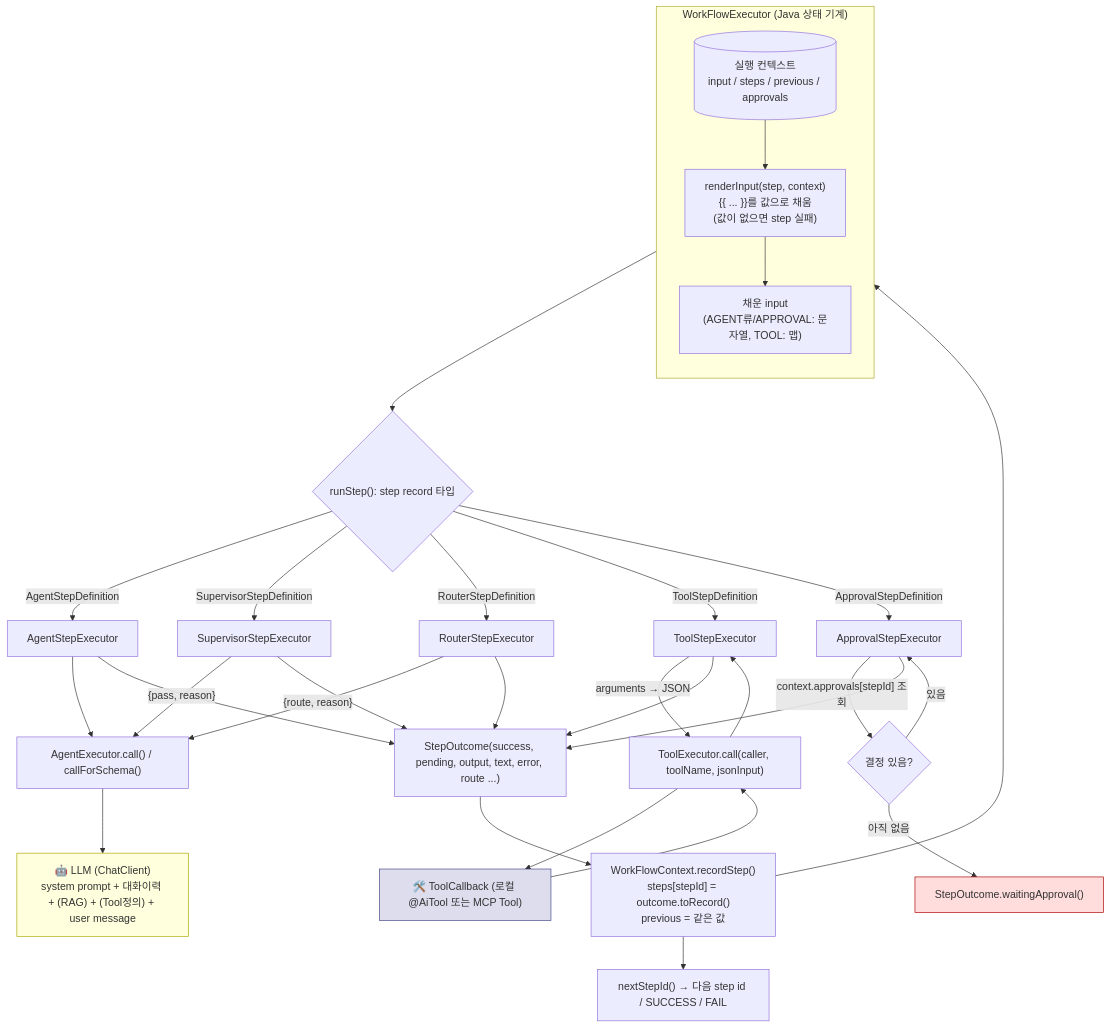
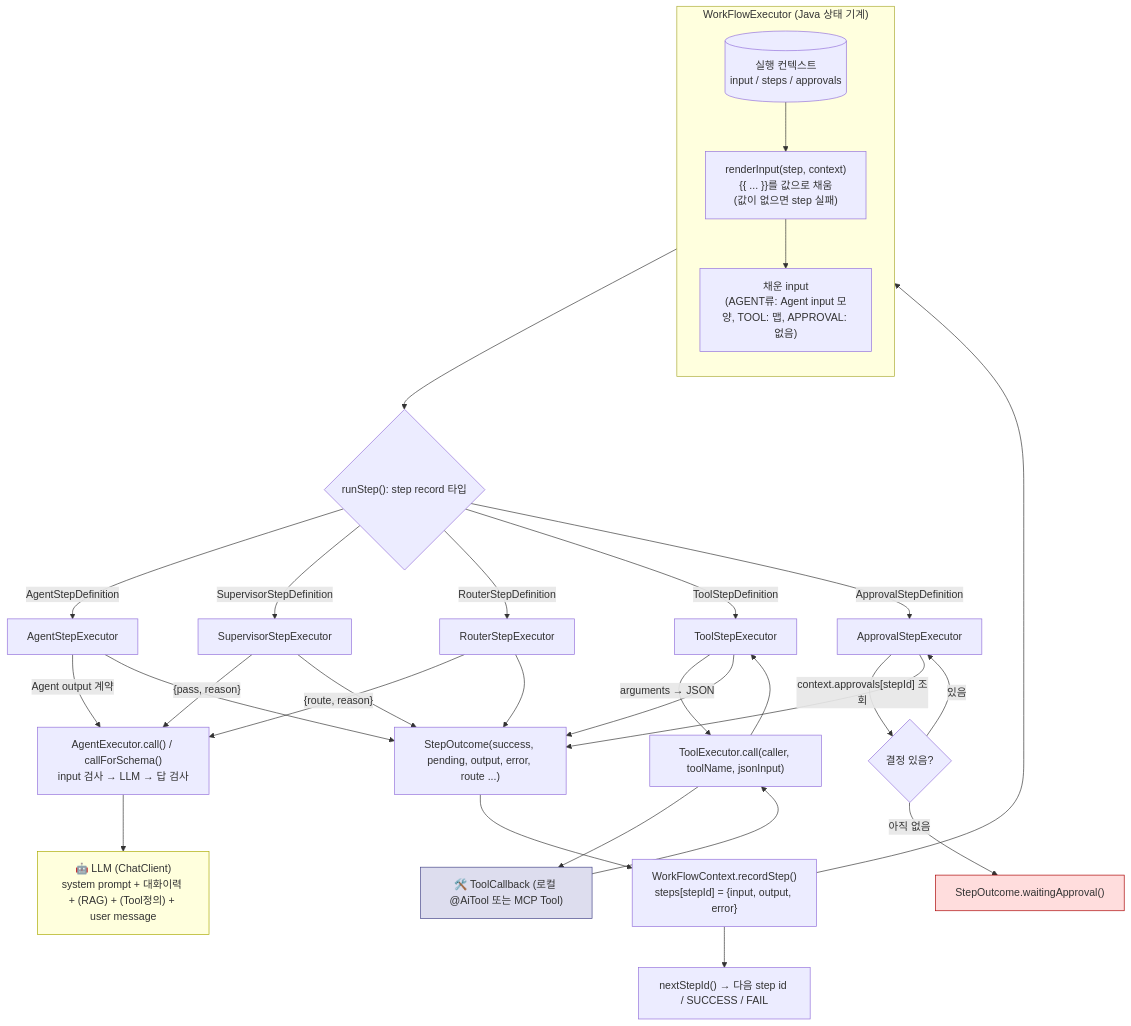
One commit to YongSoekChoeng/dstone changed the fifth of 9 diagrams in docs/09.dstone-ai-engine.md. Above: the diagram before and after it, drawn with Mermaid. The commit also changed other lines of this file and 97 other files, not shown here.

````diff
--- a/docs/09.dstone-ai-engine.md
+++ b/docs/09.dstone-ai-engine.md
@@ -558,44 +575,44 @@
 ```mermaid
 flowchart TD
     subgraph L1["WorkFlowExecutor (Java 상태 기계)"]
         direction TB
-        CTX[("실행 컨텍스트\ninput / steps / previous / approvals")]
+        CTX[("실행 컨텍스트\ninput / steps / approvals")]
         R["renderInput(step, context)\n{{ ... }}를 값으로 채움\n(값이 없으면 step 실패)"]
-        SI["채운 input\n(AGENT류/APPROVAL: 문자열, TOOL: 맵)"]
+        SI["채운 input\n(AGENT류: Agent input 모양, TOOL: 맵, APPROVAL: 없음)"]
         CTX --> R --> SI
     end
 
     SI --> DISPATCH{"runStep(): step record 타입"}
     DISPATCH -->|AgentStepDefinition| ASR["AgentStepExecutor"]
     DISPATCH -->|SupervisorStepDefinition| SSR["SupervisorStepExecutor"]
     DISPATCH -->|RouterStepDefinition| RSR["RouterStepExecutor"]
     DISPATCH -->|ToolStepDefinition| TSR["ToolStepExecutor"]
     DISPATCH -->|ApprovalStepDefinition| APR["ApprovalStepExecutor"]
 
-    ASR --> AE["AgentExecutor.call() / callForSchema()"]
+    ASR -->|"Agent output 계약"| AE["AgentExecutor.call() / callForSchema()\ninput 검사 → LLM → 답 검사"]
     SSR -->|"{pass, reason}"| AE
     RSR -->|"{route, reason}"| AE
     AE --> LLM["🤖 LLM (ChatClient)\nsystem prompt + 대화이력 + (RAG) + (Tool정의) + user message"]
 
     TSR -->|"arguments → JSON"| TE["ToolExecutor.call(caller, toolName, jsonInput)"]
     TE --> TOOL["🛠️ ToolCallback (로컬 @AiTool 또는 MCP Tool)"]
     TOOL --> TE --> TSR
 
     APR -->|"context.approvals[stepId] 조회"| DECIDE{"결정 있음?"}
     DECIDE -->|"아직 없음"| PENDING["StepOutcome.waitingApproval()"]
     DECIDE -->|"있음"| APR
 
-    ASR --> SO["StepOutcome(success, pending, output, text, error, route ...)"]
+    ASR --> SO["StepOutcome(success, pending, output, error, route ...)"]
     SSR --> SO
     RSR --> SO
     TSR --> SO
     APR --> SO
 
-    SO --> REC["WorkFlowContext.recordStep()\nsteps[stepId] = outcome.toRecord()\nprevious = 같은 값"]
+    SO --> REC["WorkFlowContext.recordStep()\nsteps[stepId] = {input, output, error}"]
     REC --> CTX
     REC --> NEXT["nextStepId() → 다음 step id / SUCCESS / FAIL"]
 
     style LLM fill:#ffd,stroke:#aa0
     style TOOL fill:#dde,stroke:#448
     style PENDING fill:#fdd,stroke:#a00
 ```
````
